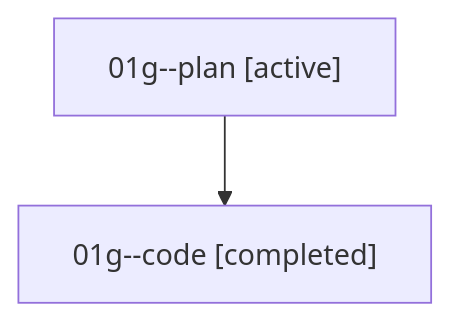
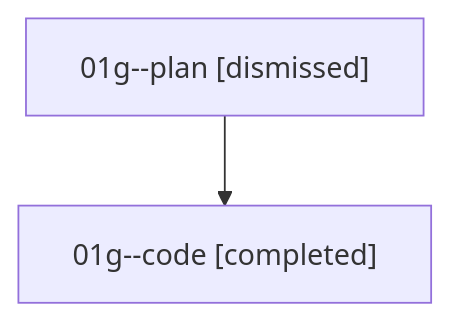
One commit to bobs-org/bob-cli--agents changed the diagram in sessions/bbugyi200.athena.01g.md. Above: the diagram before and after it, drawn with Mermaid. The commit also changed other lines of this file and 18 other files, not shown here.

````diff
--- a/sessions/bbugyi200.athena.01g.md
+++ b/sessions/bbugyi200.athena.01g.md
@@ -9,6 +9,6 @@
 ```mermaid
 flowchart TD
-  n0["01g--plan [active]"]
+  n0["01g--plan [dismissed]"]
   n1["01g--code [completed]"]
   n0 --> n1
 ```
````
